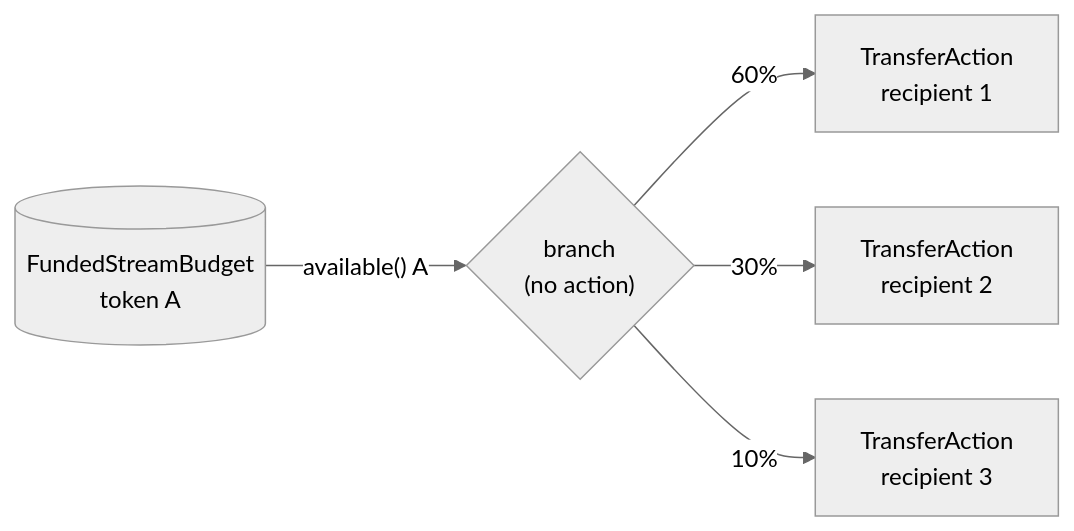
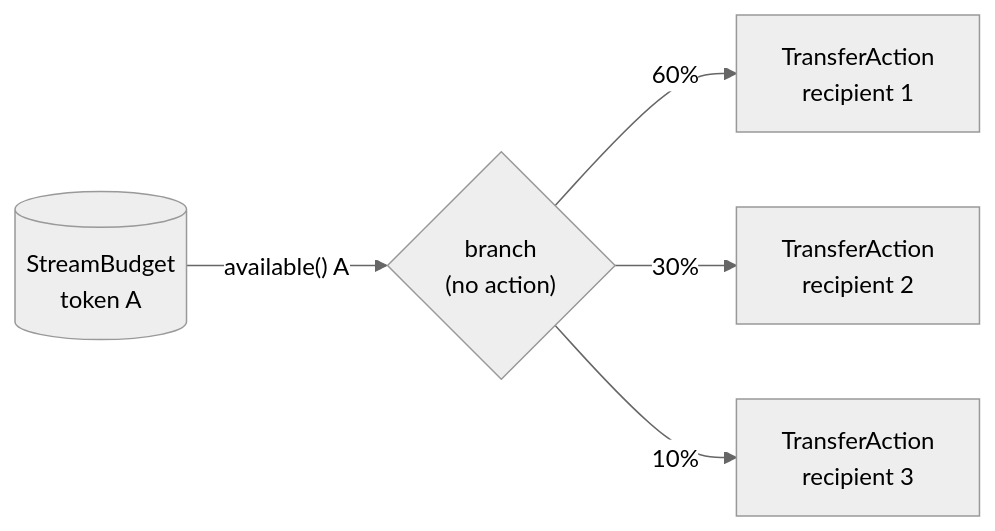
Before and after one commit to antfarm-official/tree-capital: the seventh of 10 diagrams in README.md, drawn with Mermaid (neutral theme). The commit also changed other lines of this file and 23 other files, not shown here.

First line of the commit message:
Rename FundedStreamBudget to StreamBudget

````diff
--- a/README.md
+++ b/README.md
@@ -371,13 +371,13 @@
 ```mermaid
 flowchart LR
-    budget[("FundedStreamBudget<br/>token A")]
+    budget[("StreamBudget<br/>token A")]
     split{"branch<br/>(no action)"}
     one["TransferAction<br/>recipient 1"]
     two["TransferAction<br/>recipient 2"]
     three["TransferAction<br/>recipient 3"]
 
     budget -- "available() A" --> split
     split -- "60%" --> one
     split -- "30%" --> two
     split -- "10%" --> three
 ```
````
